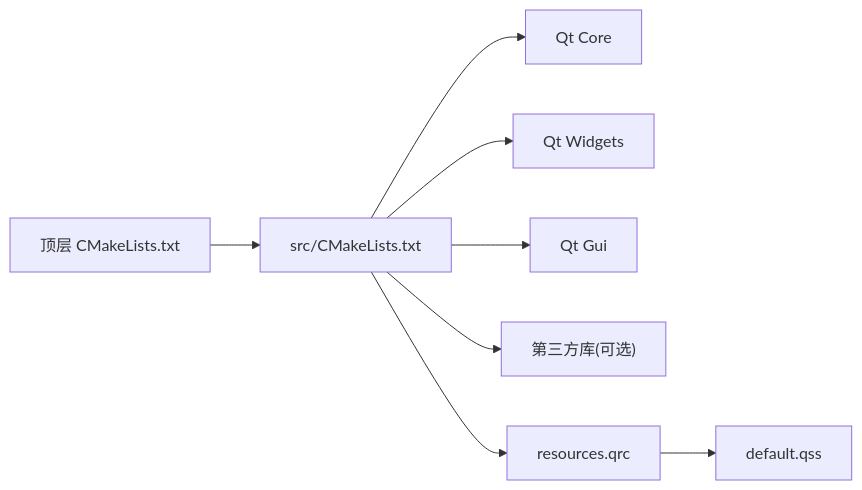
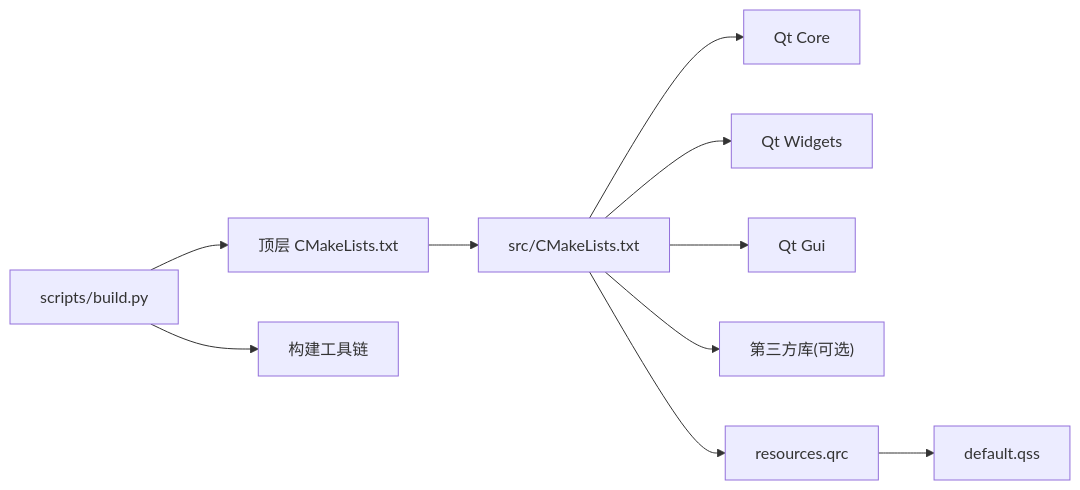
Before and after one commit to jakecai1225-design/OpenBus: the fifth of 5 diagrams in .qoder/repowiki/zh/content/构建和部署/构建和部署.md, drawn with Mermaid. The commit also changed other lines of this file and 49 other files, not shown here.

````diff
--- a/.qoder/repowiki/zh/content/构建和部署/构建和部署.md
+++ b/.qoder/repowiki/zh/content/构建和部署/构建和部署.md
@@ -210,10 +267,12 @@
 ```mermaid
 graph LR
 RootCMake["顶层 CMakeLists.txt"] --> SrcCMake["src/CMakeLists.txt"]
 SrcCMake --> QtCore["Qt Core"]
 SrcCMake --> QtWidgets["Qt Widgets"]
 SrcCMake --> QtGui["Qt Gui"]
 SrcCMake --> ThirdParty["第三方库(可选)"]
 SrcCMake --> Resources["resources.qrc"]
 Resources --> QSS["default.qss"]
+Scripts["scripts/build.py"] --> RootCMake
+Scripts --> BuildTools["构建工具链"]
 ```
````
